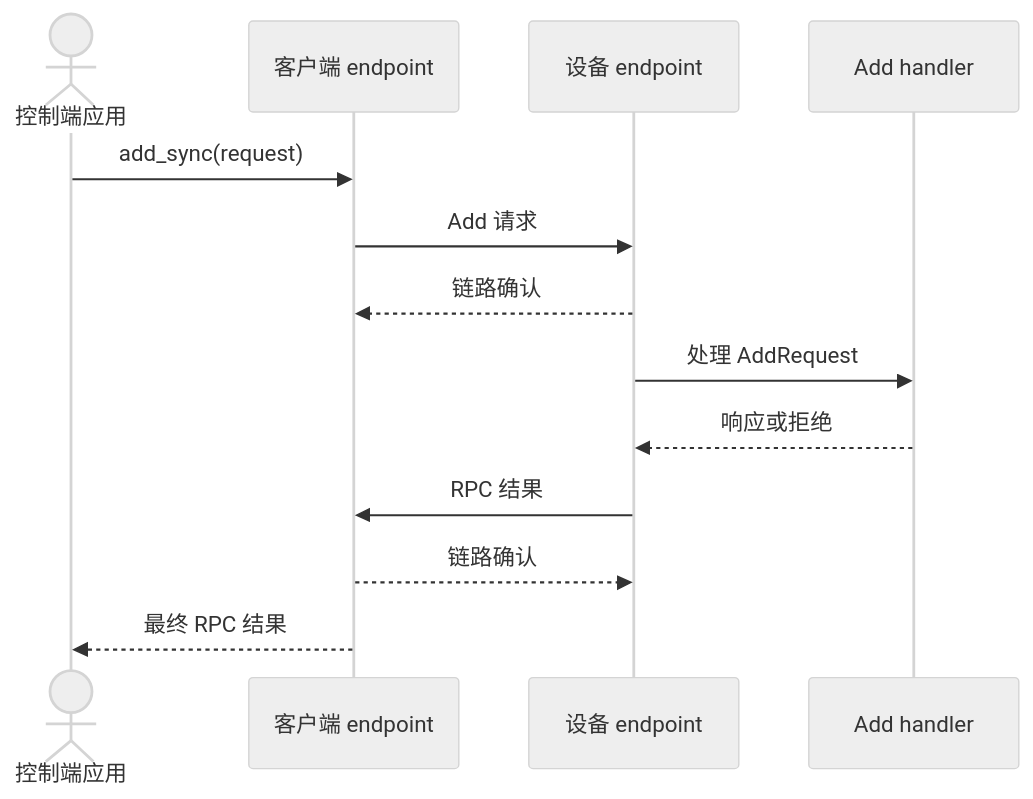
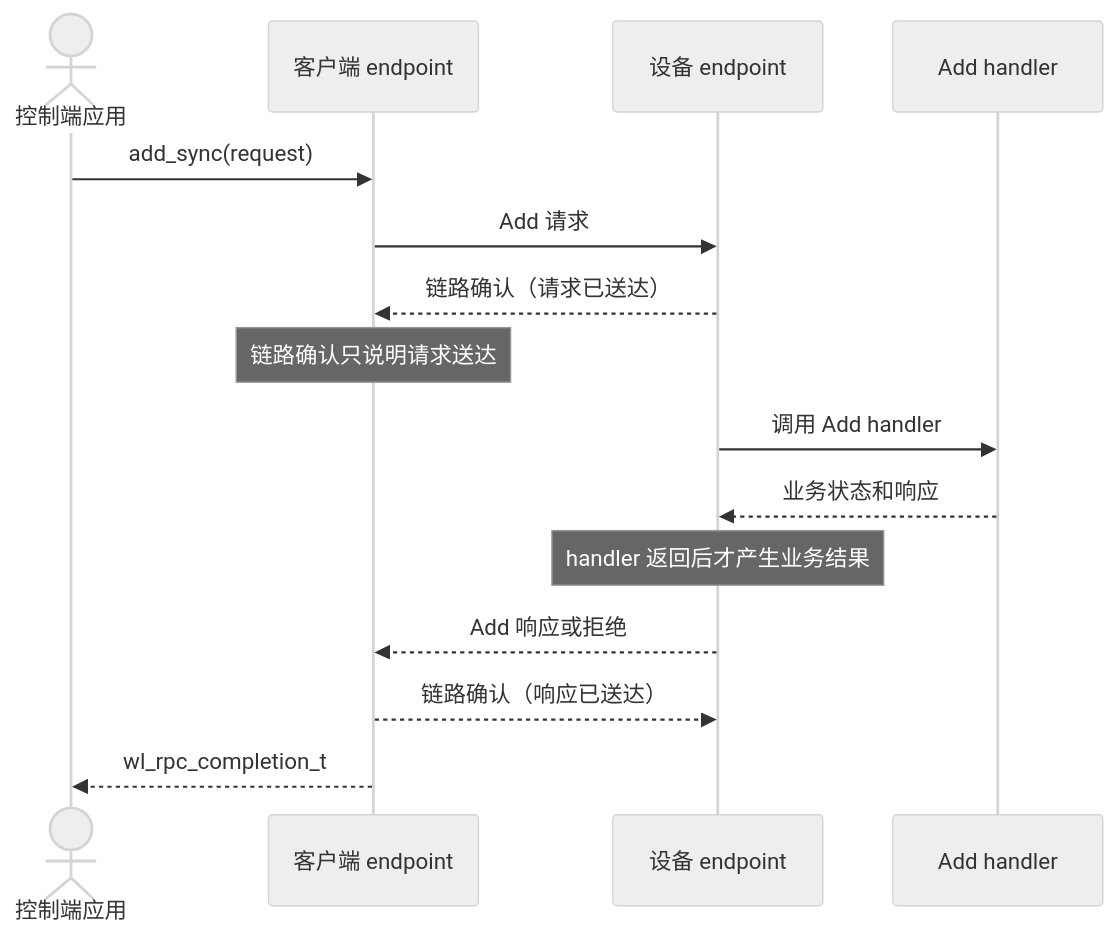
Before and after one commit to starwey604/wirelink: the diagram in site/src/content/docs/zh-cn/learn/request-a-result.mdx, drawn with Mermaid (neutral theme). The commit also changed other lines of this file and 9 other files, not shown here.

````diff
--- a/site/src/content/docs/zh-cn/learn/request-a-result.mdx
+++ b/site/src/content/docs/zh-cn/learn/request-a-result.mdx
@@ -158,18 +158,20 @@
 ```mermaid
 sequenceDiagram
-  accTitle: 同步 RPC 的各个阶段
-  accDescr: 链路确认先表示请求已经送达，handler 随后产生响应或拒绝，最终 RPC 结果再返回调用方。
+  accTitle: 一次同步 RPC 的链路确认与业务结果
+  accDescr: 请求和响应各自经链路确认；handler 返回后才产生业务结果，最终由客户端把结果交还调用方。
   actor Controller as 控制端应用
   participant Client as 客户端 endpoint
   participant Server as 设备 endpoint
   participant Handler as Add handler
 
   Controller->>Client: add_sync(request)
   Client->>Server: Add 请求
-  Server-->>Client: 链路确认
-Server->>Handler: 处理 AddRequest
-Handler-->>Server: 响应或拒绝
-Server->>Client: RPC 结果
-Client-->>Server: 链路确认
-Client-->>Controller: 最终 RPC 结果
+  Server-->>Client: 链路确认（请求已送达）
+  Note over Client: 链路确认只说明请求送达
+  Server->>Handler: 调用 Add handler
+  Handler-->>Server: 业务状态和响应
+  Note over Server: handler 返回后才产生业务结果
+  Server-->>Client: Add 响应或拒绝
+  Client-->>Server: 链路确认（响应已送达）
+  Client-->>Controller: wl_rpc_completion_t
 ```
````
